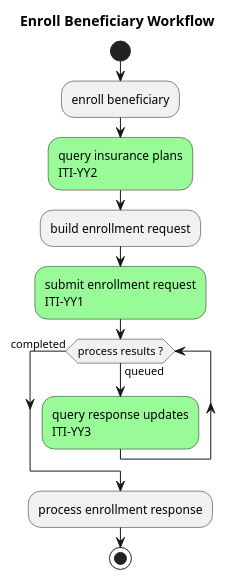
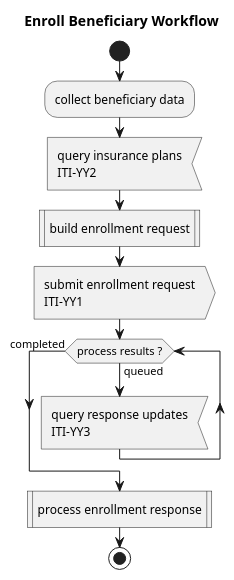
One commit to IHE/ITI.Finance changed the diagram in input/images-source/overview-enroll.plantuml. Above: the diagram before and after it, drawn with PlantUML. The commit also changed 2 other files, not shown here.

```diff
--- a/input/images-source/overview-enroll.plantuml
+++ b/input/images-source/overview-enroll.plantuml
@@ -1,16 +1,16 @@
 @startuml
 
 title Enroll Beneficiary Workflow
 
 start
-:enroll beneficiary;
-#palegreen:query insurance plans\nITI-YY2;
-:build enrollment request;
-#palegreen:submit enrollment request\nITI-YY1;
+:collect beneficiary data;
+:query insurance plans\nITI-YY2<
+:build enrollment request|
+:submit enrollment request\nITI-YY1>
 while (process results ?) is (queued)
-  #palegreen:query response updates\nITI-YY3;
+  :query response updates\nITI-YY3<
 endwhile (completed)
-:process enrollment response;
+:process enrollment response|
 stop
 
 @enduml
```
